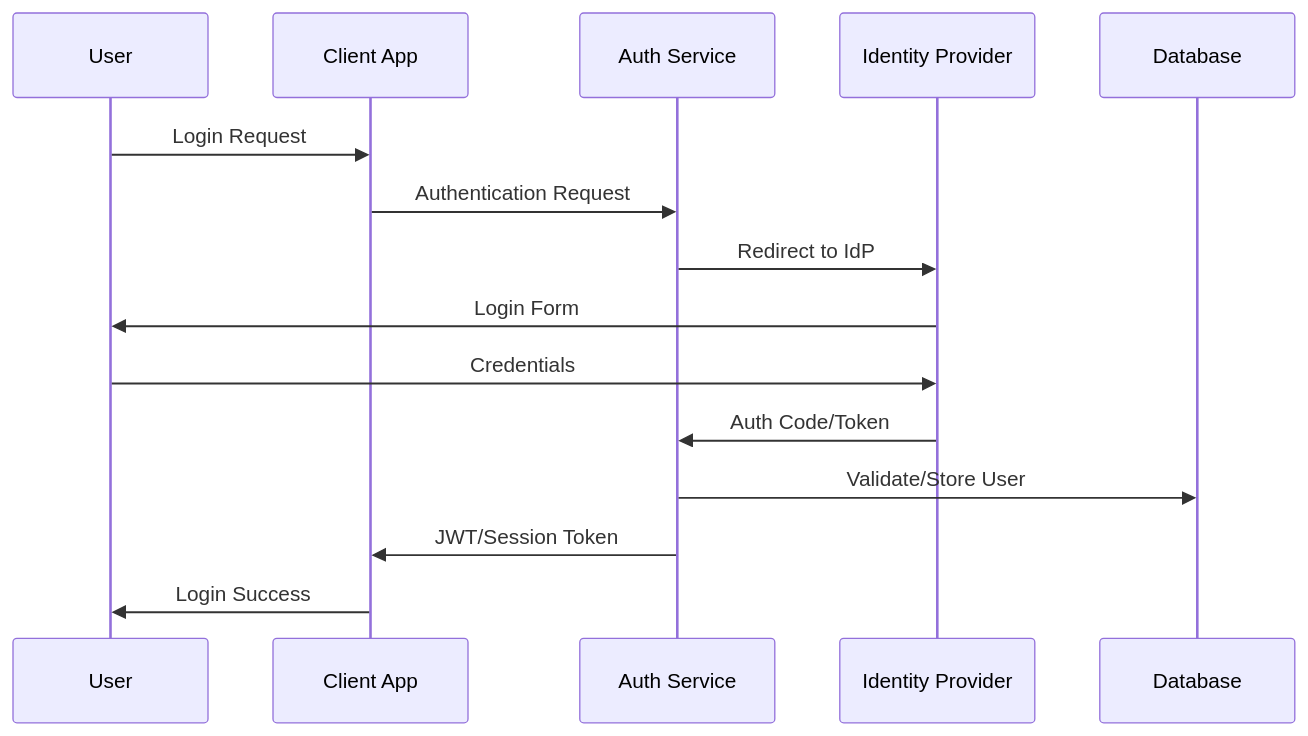
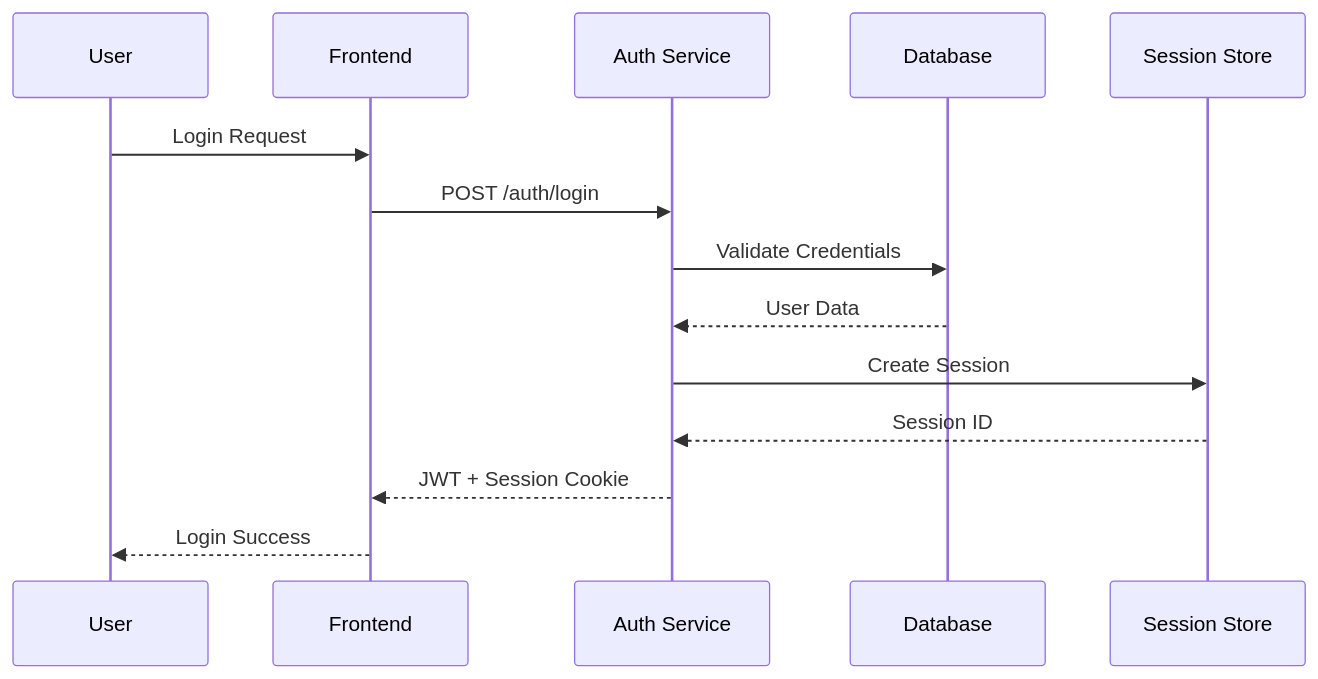
Before and after one commit to shayne007/blog: the second of 8 diagrams in source/_posts/Design-User-Login-Systems-with-SSO-Feature.md, drawn with Mermaid. The commit also changed other lines of this file, not shown here.

Commit message:
add user login system

````diff
--- a/source/_posts/Design-User-Login-Systems-with-SSO-Feature.md
+++ b/source/_posts/Design-User-Login-Systems-with-SSO-Feature.md
@@ -55,18 +45,16 @@
-```mermaid
-sequenceDiagram
+{% mermaid sequenceDiagram %}
     participant U as User
-    participant C as Client App
+    participant F as Frontend
     participant A as Auth Service
-    participant I as Identity Provider
     participant D as Database
+    participant S as Session Store
     
-    U->>C: Login Request
-    C->>A: Authentication Request
-    A->>I: Redirect to IdP
-    I->>U: Login Form
-    U->>I: Credentials
-    I->>A: Auth Code/Token
-    A->>D: Validate/Store User
-    A->>C: JWT/Session Token
-    C->>U: Login Success
-```
+    U->>F: Login Request
+    F->>A: POST /auth/login
+    A->>D: Validate Credentials
+    D-->>A: User Data
+    A->>S: Create Session
+    S-->>A: Session ID
+    A-->>F: JWT + Session Cookie
+    F-->>U: Login Success
+{% endmermaid %}
````
